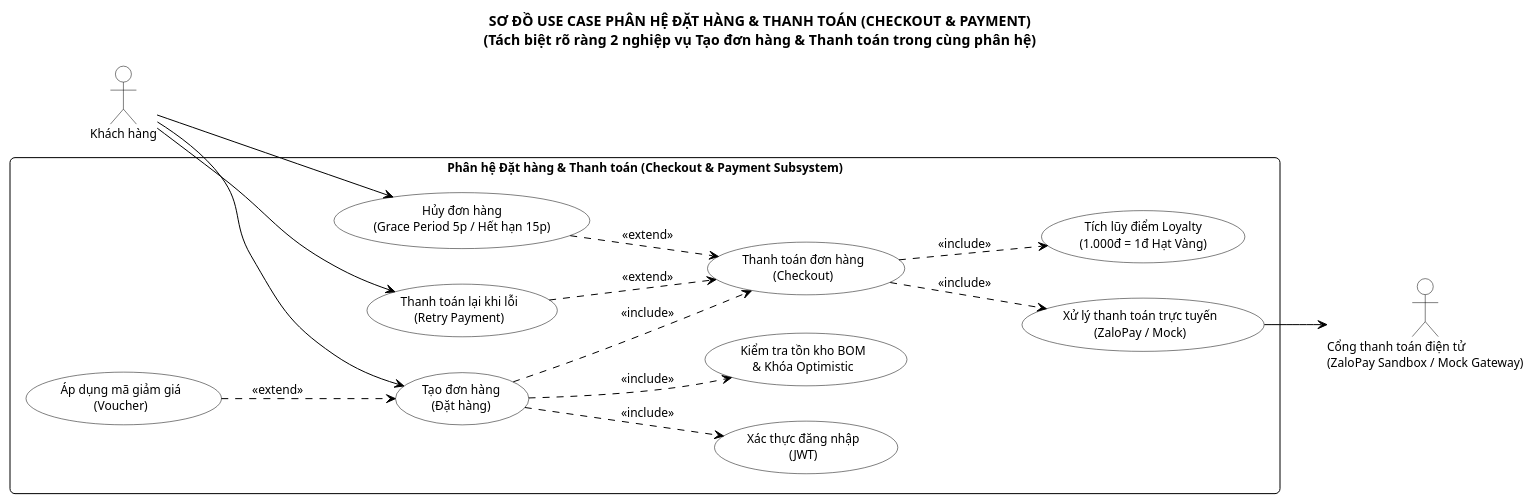
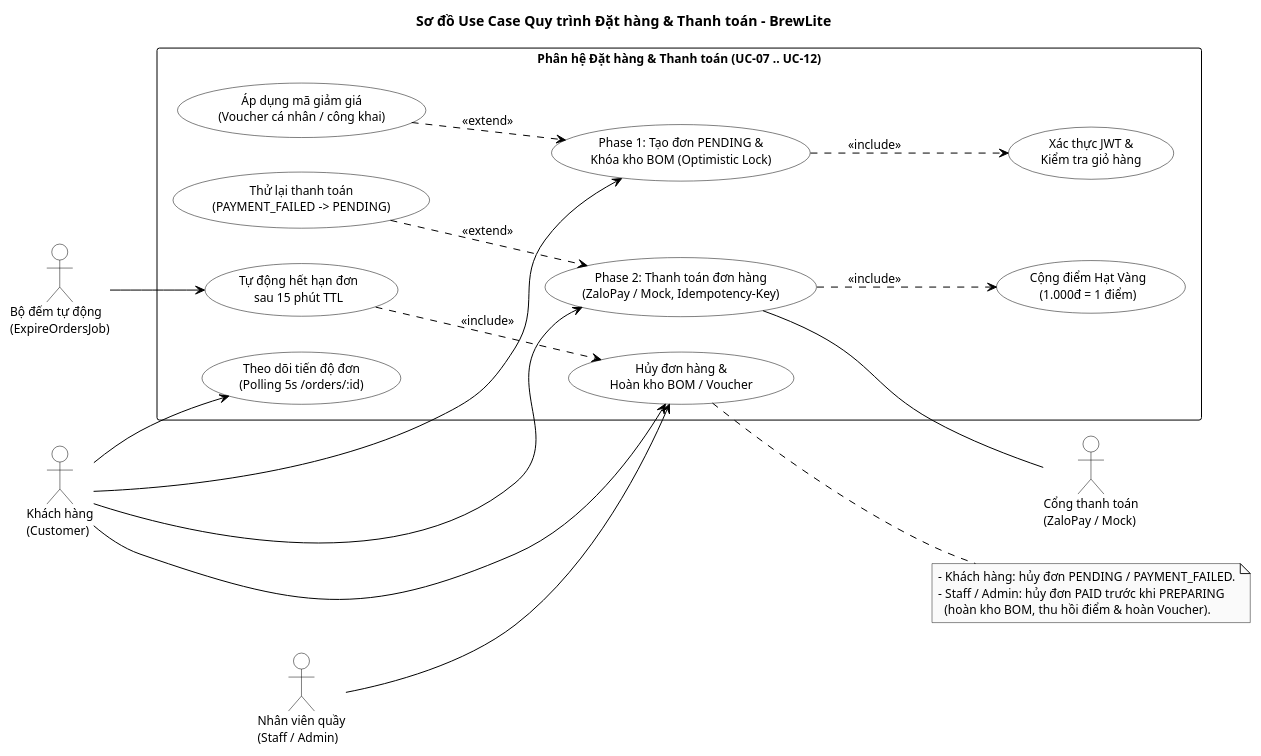
One commit to MaGiaVy/BrewLite_project changed the diagram in docs/diagrams/checkout-use-case.puml. Above: the diagram before and after it, drawn with PlantUML. The commit also changed 37 other files, not shown here.

Commit message:
docs(uml,srs): align all specs/diagrams with codebase, enforce B&W UML, simplify sequence, rename activity_E2E

```diff
--- a/docs/diagrams/checkout-use-case.puml
+++ b/docs/diagrams/checkout-use-case.puml
@@ -1,91 +1,66 @@
 @startuml
 left to right direction
+skinparam monochrome true
+skinparam shadowing false
+skinparam backgroundColor #FFFFFF
 skinparam defaultFontName "Arial"
 skinparam defaultFontSize 12
-skinparam roundcorner 10
-
-' Chuẩn UML tối giản đen trắng, sắc nét, không màu mè
 skinparam packageStyle rectangle
-skinparam shadowing false
+skinparam ArrowColor #000000
 skinparam actor {
-    BorderColor black
-    BackgroundColor white
+  BackgroundColor #FFFFFF
+  BorderColor #000000
+  FontColor #000000
 }
 skinparam usecase {
-    BorderColor black
-    BackgroundColor white
-    ArrowColor black
+  BackgroundColor #FFFFFF
+  BorderColor #000000
+  FontColor #000000
 }
 skinparam rectangle {
-    BorderColor black
-    BackgroundColor white
+  BackgroundColor #FFFFFF
+  BorderColor #000000
+  FontColor #000000
 }
 
-' Thành viên thực hiện: Nguyễn Thị Ý (Task 1.3 - Use Case Checkout)
-title SƠ ĐỒ USE CASE PHÂN HỆ ĐẶT HÀNG & THANH TOÁN (CHECKOUT & PAYMENT)\n(Tách biệt rõ ràng 2 nghiệp vụ Tạo đơn hàng & Thanh toán trong cùng phân hệ)
+title Sơ đồ Use Case Quy trình Đặt hàng & Thanh toán - BrewLite
 
-' ==========================================
-' ACTOR BÊN TRÁI (Khách hàng)
-' ==========================================
-actor "Khách hàng" as Customer
+actor "Khách hàng\n(Customer)" as Customer
+actor "Nhân viên quầy\n(Staff / Admin)" as Staff
+actor "Bộ đếm tự động\n(ExpireOrdersJob)" as Scheduler
+actor "Cổng thanh toán\n(ZaloPay / Mock)" as Gateway
 
-' ==========================================
-' SYSTEM BOUNDARY (Phân hệ Đặt hàng & Thanh toán)
-' ==========================================
-rectangle "Phân hệ Đặt hàng & Thanh toán (Checkout & Payment Subsystem)" {
-
-    ' ------------------------------------------
-    ' NHÓM 1: TẠO ĐƠN HÀNG (ORDER CREATION)
-    ' ------------------------------------------
-    usecase "Tạo đơn hàng\n(Đặt hàng)" as UC_CreateOrder
-    
-    usecase "Xác thực đăng nhập\n(JWT)" as UC_Auth
-    usecase "Kiểm tra tồn kho BOM\n& Khóa Optimistic" as UC_Stock
-    usecase "Áp dụng mã giảm giá\n(Voucher)" as UC_Voucher
-
-    ' ------------------------------------------
-    ' NHÓM 2: THANH TOÁN ĐƠN HÀNG (PAYMENT PROCESSING)
-    ' ------------------------------------------
-    usecase "Thanh toán đơn hàng\n(Checkout)" as UC_Payment
-
-    usecase "Xử lý thanh toán trực tuyến\n(ZaloPay / Mock)" as UC_ProcessPay
-    usecase "Tích lũy điểm Loyalty\n(1.000đ = 1đ Hạt Vàng)" as UC_Loyalty
-    usecase "Thanh toán lại khi lỗi\n(Retry Payment)" as UC_Retry
-    usecase "Hủy đơn hàng\n(Grace Period 5p / Hết hạn 15p)" as UC_Cancel
-
-    ' ==========================================
-    ' CÁC MỐI QUAN HỆ TRONG NHÓM TẠO ĐƠN HÀNG
-    ' ==========================================
-    UC_CreateOrder ..> UC_Auth : <<include>>
-    UC_CreateOrder ..> UC_Stock : <<include>>
-    UC_Voucher ..> UC_CreateOrder : <<extend>>
-
-    ' ==========================================
-    ' LIÊN KẾT GIỮA 2 USE CASE CHÍNH
-    ' ==========================================
-    UC_CreateOrder ..> UC_Payment : <<include>>
-
-    ' ==========================================
-    ' CÁC MỐI QUAN HỆ TRONG NHÓM THANH TOÁN
-    ' ==========================================
-    UC_Payment ..> UC_ProcessPay : <<include>>
-    UC_Payment ..> UC_Loyalty : <<include>>
-    UC_Retry ..> UC_Payment : <<extend>>
-    UC_Cancel ..> UC_Payment : <<extend>>
+rectangle "Phân hệ Đặt hàng & Thanh toán (UC-07 .. UC-12)" {
+  usecase "Xác thực JWT &\nKiểm tra giỏ hàng" as UC_Auth
+  usecase "Áp dụng mã giảm giá\n(Voucher cá nhân / công khai)" as UC_Voucher
+  usecase "Phase 1: Tạo đơn PENDING &\nKhóa kho BOM (Optimistic Lock)" as UC_CreateOrder
+  usecase "Phase 2: Thanh toán đơn hàng\n(ZaloPay / Mock, Idempotency-Key)" as UC_Payment
+  usecase "Cộng điểm Hạt Vàng\n(1.000đ = 1 điểm)" as UC_Loyalty
+  usecase "Thử lại thanh toán\n(PAYMENT_FAILED -> PENDING)" as UC_Retry
+  usecase "Hủy đơn hàng &\nHoàn kho BOM / Voucher" as UC_Cancel
+  usecase "Tự động hết hạn đơn\nsau 15 phút TTL" as UC_Expire
+  usecase "Theo dõi tiến độ đơn\n(Polling 5s /orders/:id)" as UC_Track
 }
 
-' ==========================================
-' ACTOR BÊN PHẢI (Cổng thanh toán)
-' ==========================================
-actor "Cổng thanh toán điện tử\n(ZaloPay Sandbox / Mock Gateway)" as PaymentGateway
+Customer --> UC_CreateOrder
+Customer --> UC_Payment
+Customer --> UC_Cancel
+Customer --> UC_Track
 
-' ==========================================
-' LIÊN KẾT TÁC NHÂN (ACTOR ASSOCIATIONS)
-' ==========================================
-Customer --> UC_CreateOrder
-Customer --> UC_Retry
-Customer --> UC_Cancel
+Staff --> UC_Cancel
+Scheduler --> UC_Expire
+UC_Payment -- Gateway
 
-UC_ProcessPay --> PaymentGateway
+UC_CreateOrder ..> UC_Auth : <<include>>
+UC_Voucher ..> UC_CreateOrder : <<extend>>
+UC_Payment ..> UC_Loyalty : <<include>>
+UC_Retry ..> UC_Payment : <<extend>>
+UC_Expire ..> UC_Cancel : <<include>>
+
+note right of UC_Cancel
+  - Khách hàng: hủy đơn PENDING / PAYMENT_FAILED.
+  - Staff / Admin: hủy đơn PAID trước khi PREPARING
+    (hoàn kho BOM, thu hồi điểm & hoàn Voucher).
+end note
 
 @enduml
```
